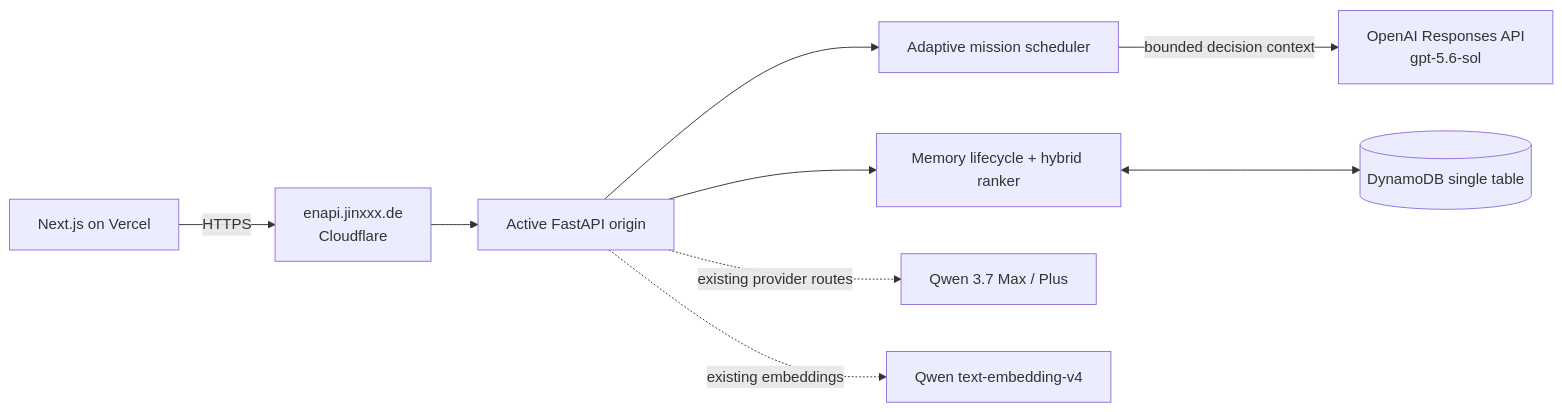
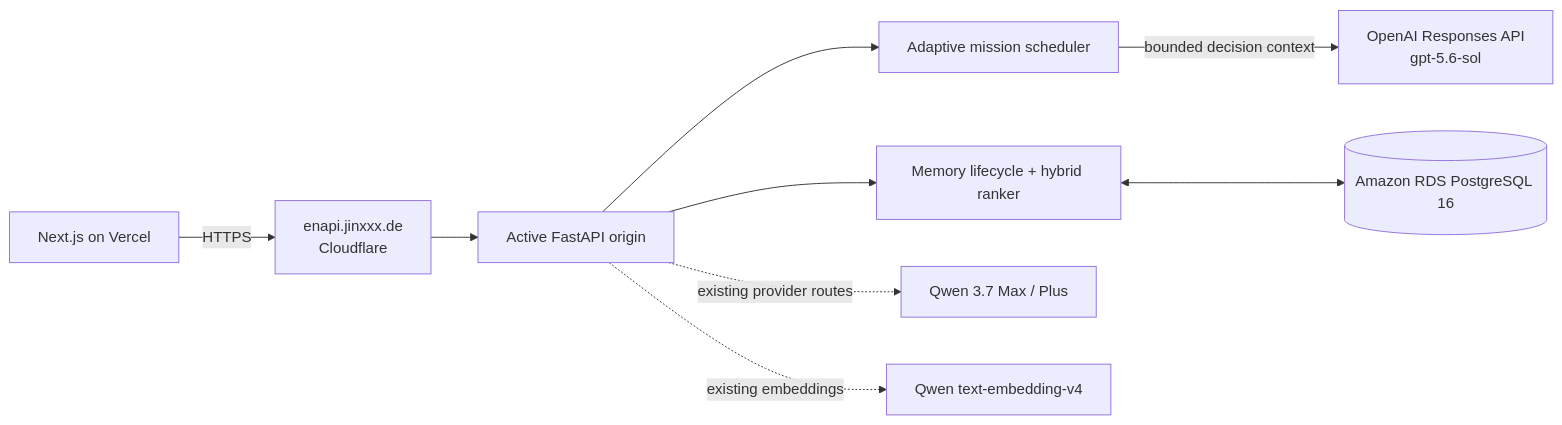
Before and after one commit to jinyu-cai/weakspot-english-coach: the diagram in README.md, drawn with Mermaid. The commit also changed other lines of this file and 80 other files, not shown here.

First line of the commit message:
Migrate learner storage from DynamoDB to RDS PostgreSQL

````diff
--- a/README.md
+++ b/README.md
@@ -156,11 +156,11 @@
 ```mermaid
 flowchart LR
     Browser[Next.js on Vercel] -->|HTTPS| Stable[enapi.jinxxx.de\nCloudflare]
     Stable --> API[Active FastAPI origin]
     API --> Scheduler[Adaptive mission scheduler]
     Scheduler -->|bounded decision context| OpenAI[OpenAI Responses API\ngpt-5.6-sol]
     API --> Memory[Memory lifecycle + hybrid ranker]
     API -. existing provider routes .-> Qwen[Qwen 3.7 Max / Plus]
     API -. existing embeddings .-> Embed[Qwen text-embedding-v4]
-    Memory <--> DB[(DynamoDB single table)]
+    Memory <--> DB[(Amazon RDS PostgreSQL 16)]
 ```
````
